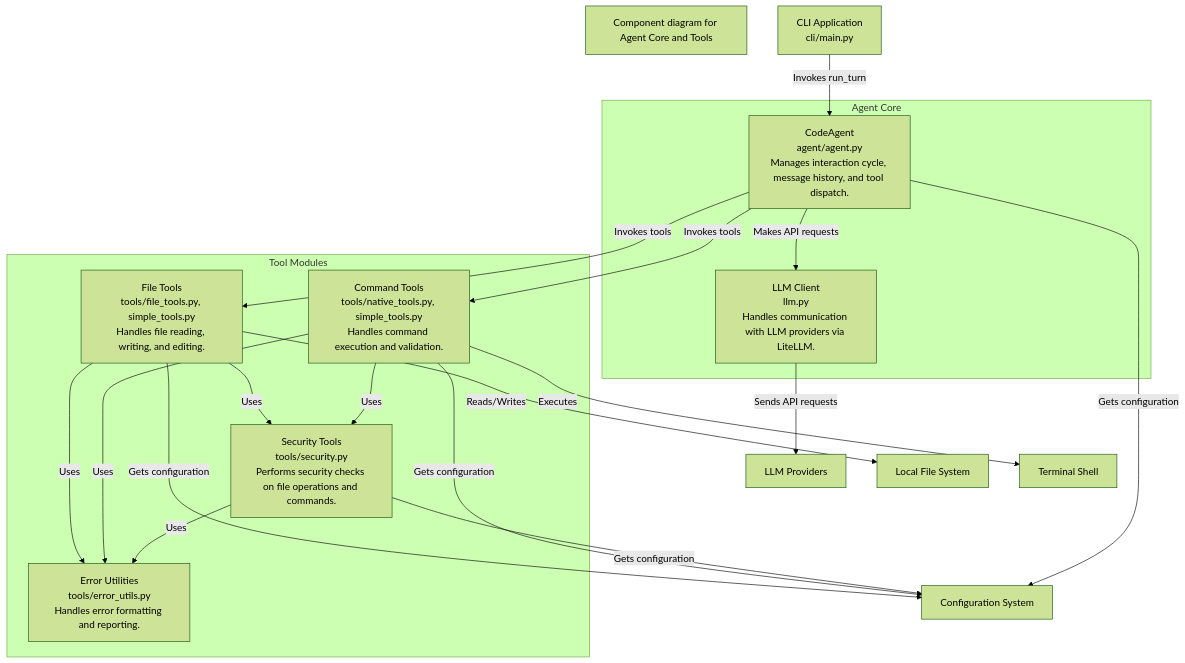
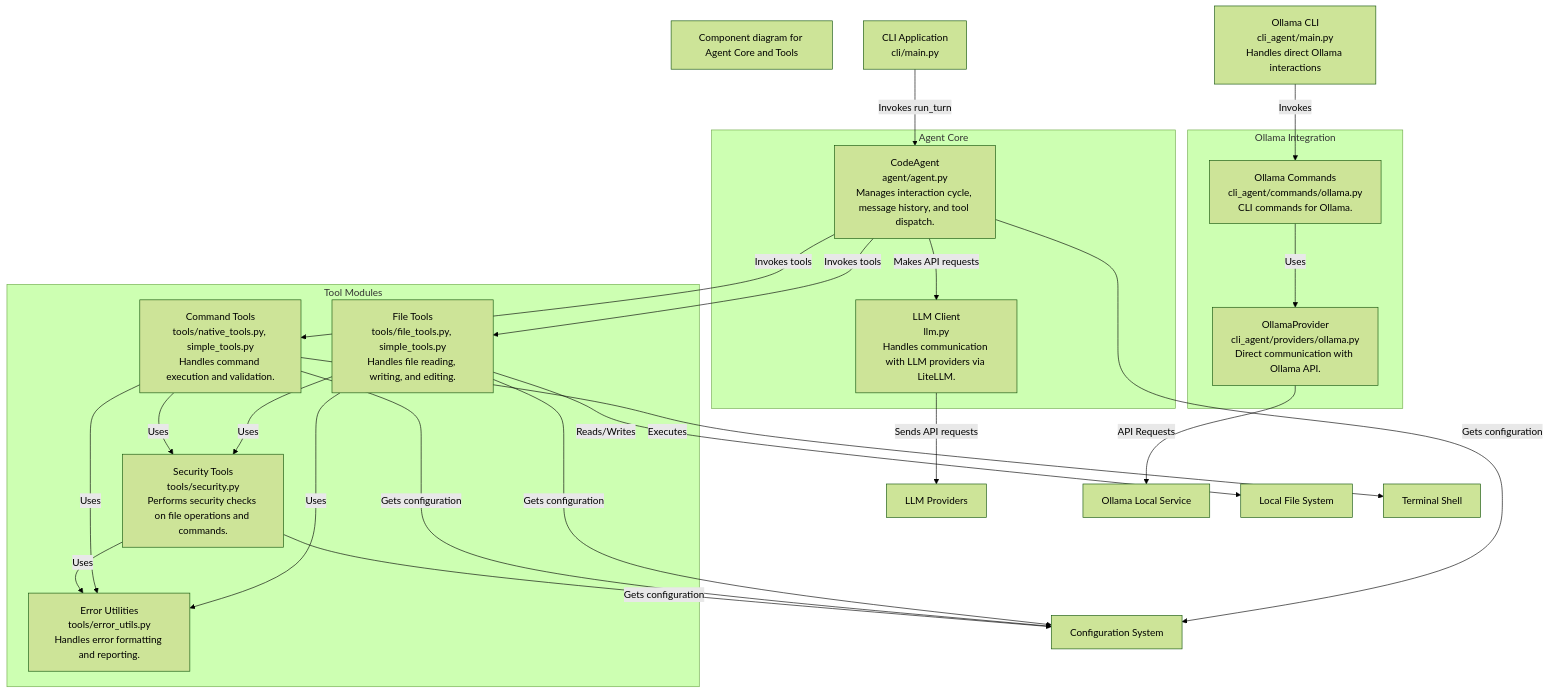
One commit to BlueCentre/code-agent changed the third of 4 diagrams in docs/getting_started_architecture.md. Above: the diagram before and after it, drawn with Mermaid (forest theme). The commit also changed other lines of this file and 33 other files, not shown here.

First line of the commit message:
Improve test coverage and implement Ollama integration (#12)

````diff
--- a/docs/getting_started_architecture.md
+++ b/docs/getting_started_architecture.md
@@ -68,44 +73,55 @@
 ```mermaid
 flowchart TD
     title["Component diagram for Agent Core and Tools"]
 
     cli_app["CLI Application<br>cli/main.py"]
+    ollama_cli["Ollama CLI<br>cli_agent/main.py<br>Handles direct Ollama interactions"]
     llm_providers["LLM Providers"]
+    ollama["Ollama Local Service"]
     file_system["Local File System"]
     terminal["Terminal Shell"]
     config_system["Configuration System"]
 
     subgraph agent_boundary["Agent Core"]
         code_agent["CodeAgent<br>agent/agent.py<br>Manages interaction cycle, message history, and tool dispatch."]
         llm_client["LLM Client<br>llm.py<br>Handles communication with LLM providers via LiteLLM."]
+    end
+
+    subgraph ollama_boundary["Ollama Integration"]
+        ollama_provider["OllamaProvider<br>cli_agent/providers/ollama.py<br>Direct communication with Ollama API."]
+        ollama_commands["Ollama Commands<br>cli_agent/commands/ollama.py<br>CLI commands for Ollama."]
     end
 
     subgraph tools_boundary["Tool Modules"]
         file_tools["File Tools<br>tools/file_tools.py, simple_tools.py<br>Handles file reading, writing, and editing."]
         command_tools["Command Tools<br>tools/native_tools.py, simple_tools.py<br>Handles command execution and validation."]
         security_tools["Security Tools<br>tools/security.py<br>Performs security checks on file operations and commands."]
         error_utils["Error Utilities<br>tools/error_utils.py<br>Handles error formatting and reporting."]
     end
 
     cli_app --> |"Invokes run_turn"| code_agent
+    ollama_cli --> |"Invokes"| ollama_commands
+    ollama_commands --> |"Uses"| ollama_provider
+    ollama_provider --> |"API Requests"| ollama
+
     code_agent --> |"Makes API requests"| llm_client
     llm_client --> |"Sends API requests"| llm_providers
 
     code_agent --> |"Invokes tools"| file_tools
     code_agent --> |"Invokes tools"| command_tools
 
     file_tools --> |"Uses"| security_tools
     command_tools --> |"Uses"| security_tools
 
     file_tools --> |"Reads/Writes"| file_system
     command_tools --> |"Executes"| terminal
 
     file_tools --> |"Uses"| error_utils
     command_tools --> |"Uses"| error_utils
     security_tools --> |"Uses"| error_utils
 
     code_agent --> |"Gets configuration"| config_system
     file_tools --> |"Gets configuration"| config_system
     command_tools --> |"Gets configuration"| config_system
     security_tools --> |"Gets configuration"| config_system
 ```
````
